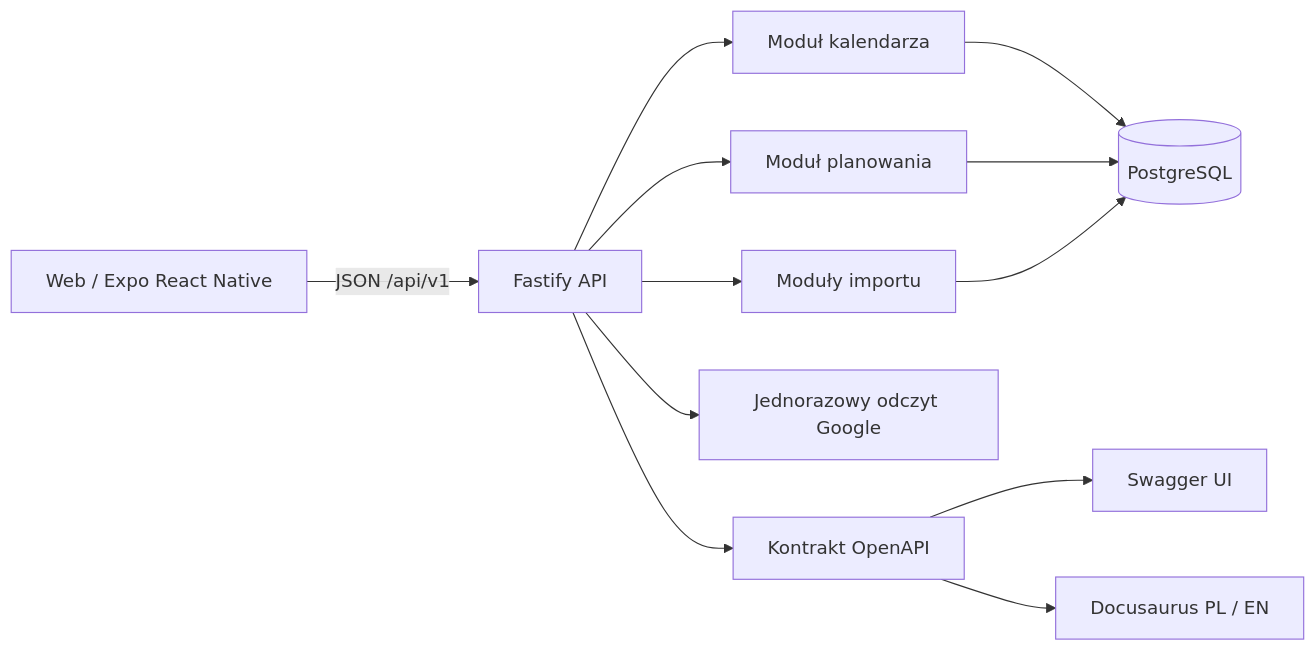
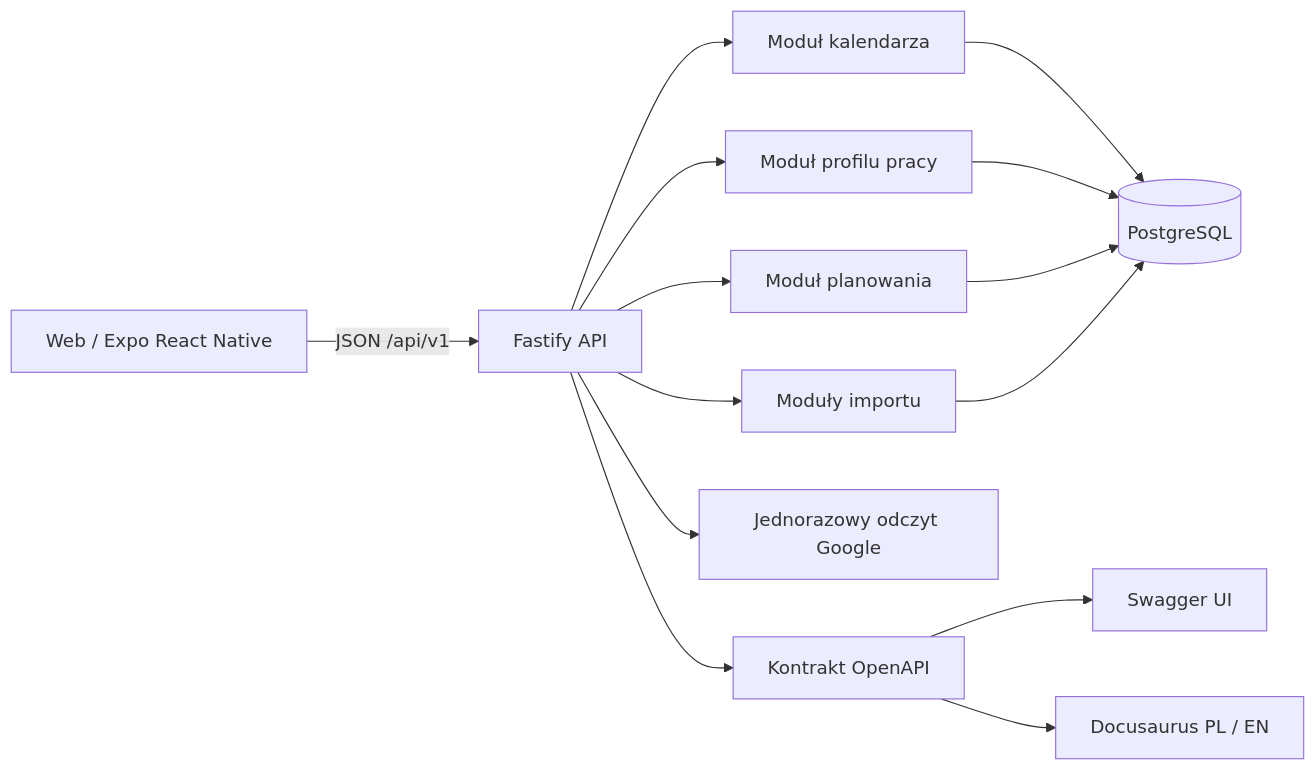
The diagram in docs-site/docs/architecture.md (KarolNarozniak/KAC-demo), drawn with Mermaid before and after one commit. The commit also changed other lines of this file and 32 other files, not shown here.

````diff
--- a/docs-site/docs/architecture.md
+++ b/docs-site/docs/architecture.md
@@ -12,14 +12,16 @@
 ```mermaid
 flowchart LR
   Browser[Web / Expo React Native] -->|JSON /api/v1| Api[Fastify API]
   Api --> Calendar[Moduł kalendarza]
+  Api --> Profile[Moduł profilu pracy]
   Api --> Scheduling[Moduł planowania]
   Api --> Imports[Moduły importu]
   Api --> Google[Jednorazowy odczyt Google]
   Calendar --> Pg[(PostgreSQL)]
+  Profile --> Pg
   Scheduling --> Pg
   Imports --> Pg
   Api --> OpenAPI[Kontrakt OpenAPI]
   OpenAPI --> Swagger[Swagger UI]
   OpenAPI --> Docs[Docusaurus PL / EN]
 ```
````
